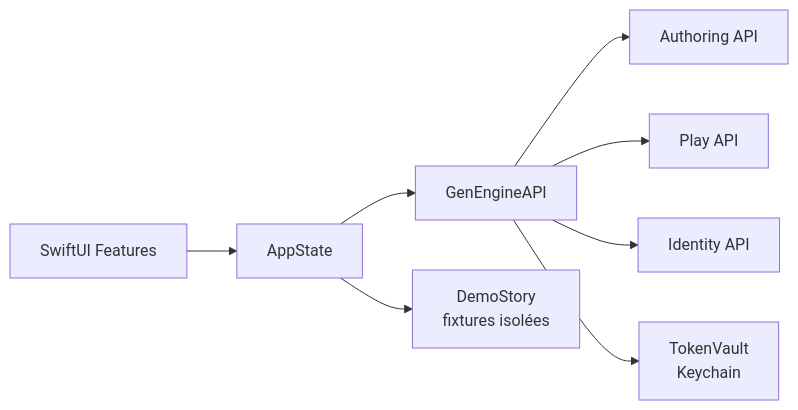
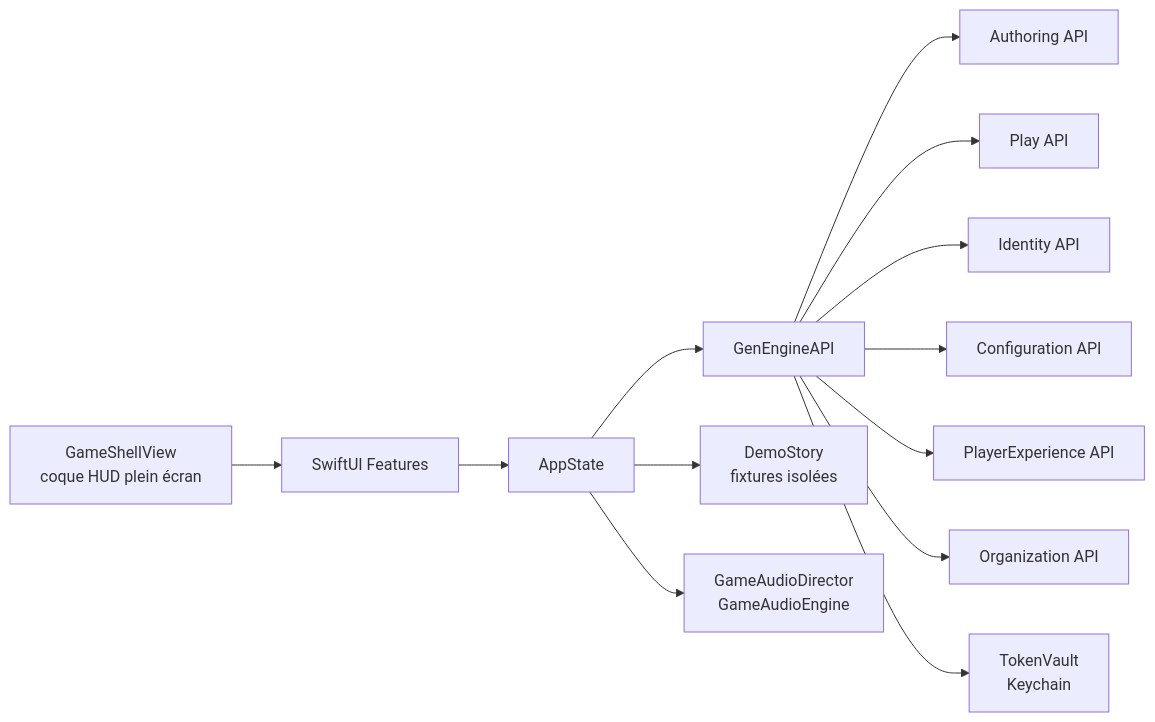
Before and after one commit to JordanLacroix/GenEngine.IOS: the diagram in specs/architecture.md, drawn with Mermaid. The commit also changed other lines of this file and 6 other files, not shown here.

````diff
--- a/specs/architecture.md
+++ b/specs/architecture.md
@@ -7,10 +7,15 @@
 ```mermaid
 flowchart LR
-    UI["SwiftUI Features"] --> STATE["AppState"]
+    SHELL["GameShellView<br/>coque HUD plein écran"] --> UI["SwiftUI Features"]
+    UI --> STATE["AppState"]
     STATE --> API["GenEngineAPI"]
     API --> AUTHORING["Authoring API"]
     API --> PLAY["Play API"]
     API --> IDENTITY["Identity API"]
+    API --> CONFIG["Configuration API"]
+    API --> PX["PlayerExperience API"]
+    API --> ORG["Organization API"]
     STATE --> DEMO["DemoStory<br/>fixtures isolées"]
+    STATE --> AUDIO["GameAudioDirector<br/>GameAudioEngine"]
     API --> VAULT["TokenVault<br/>Keychain"]
 ```
````
